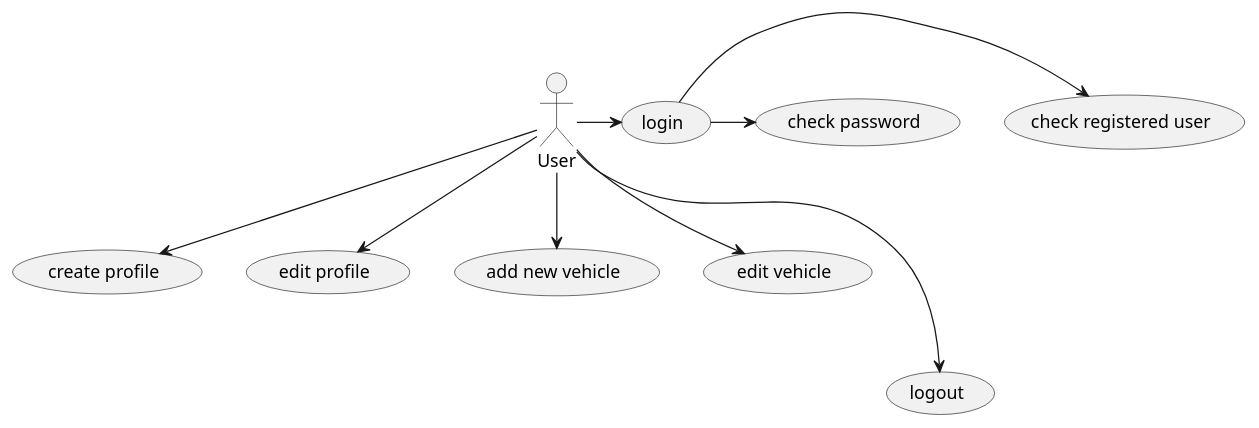
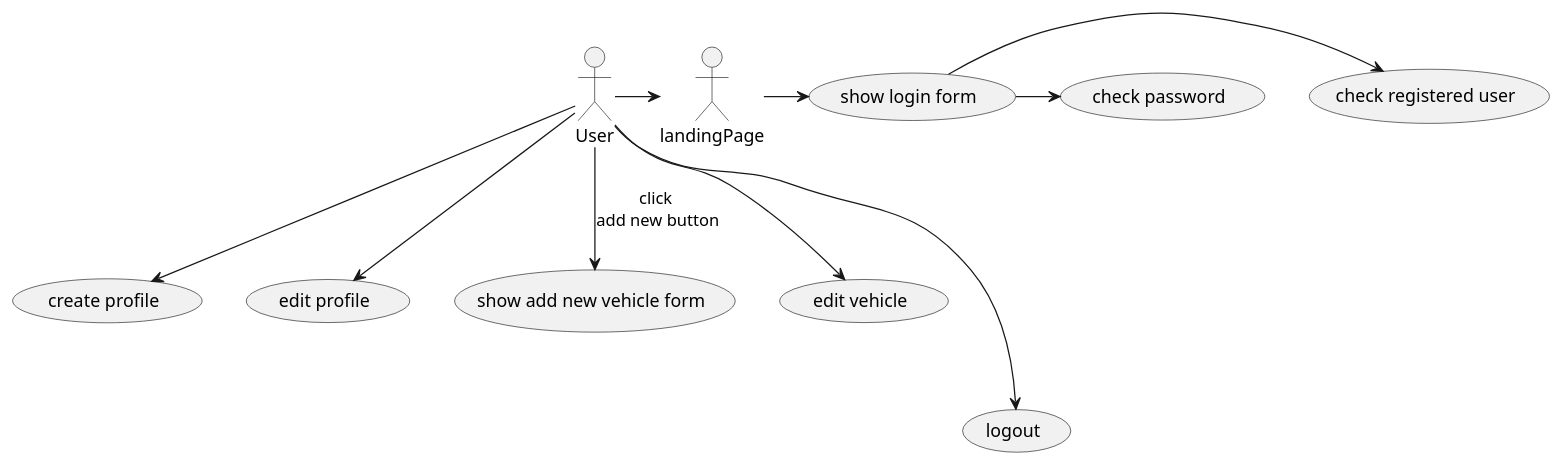
One commit to vsmro/checkyourcar changed the diagram in use_case.puml. Above: the diagram before and after it, drawn with PlantUML. The commit also changed 2 other files, not shown here.

Commit message:
Added the class diagram

```diff
--- a/use_case.puml
+++ b/use_case.puml
@@ -1,13 +1,15 @@
 @startuml
 actor User
-User->(login)
-(login)->(check registered user)
-(login)->(check password)
+User->landingPage
+landingPage->(show login form)
+(show login form)->(check registered user)
+(show login form)->(check password)
 User-->(create profile)
 User-->(edit profile)
-User-->(add new vehicle)
+User-->(show add new vehicle form):click \nadd new button
+
 User-->(edit vehicle)
 User--->(logout)
 
 
 @enduml
```
